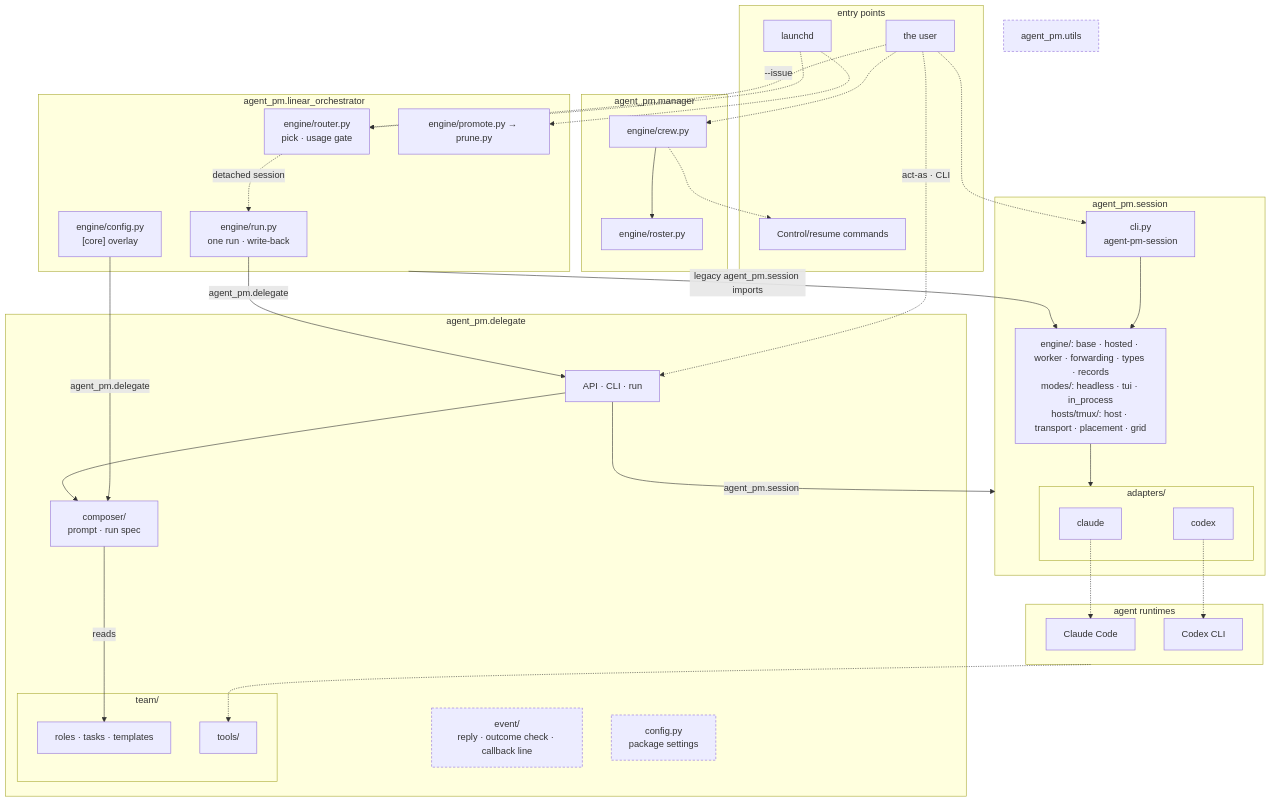
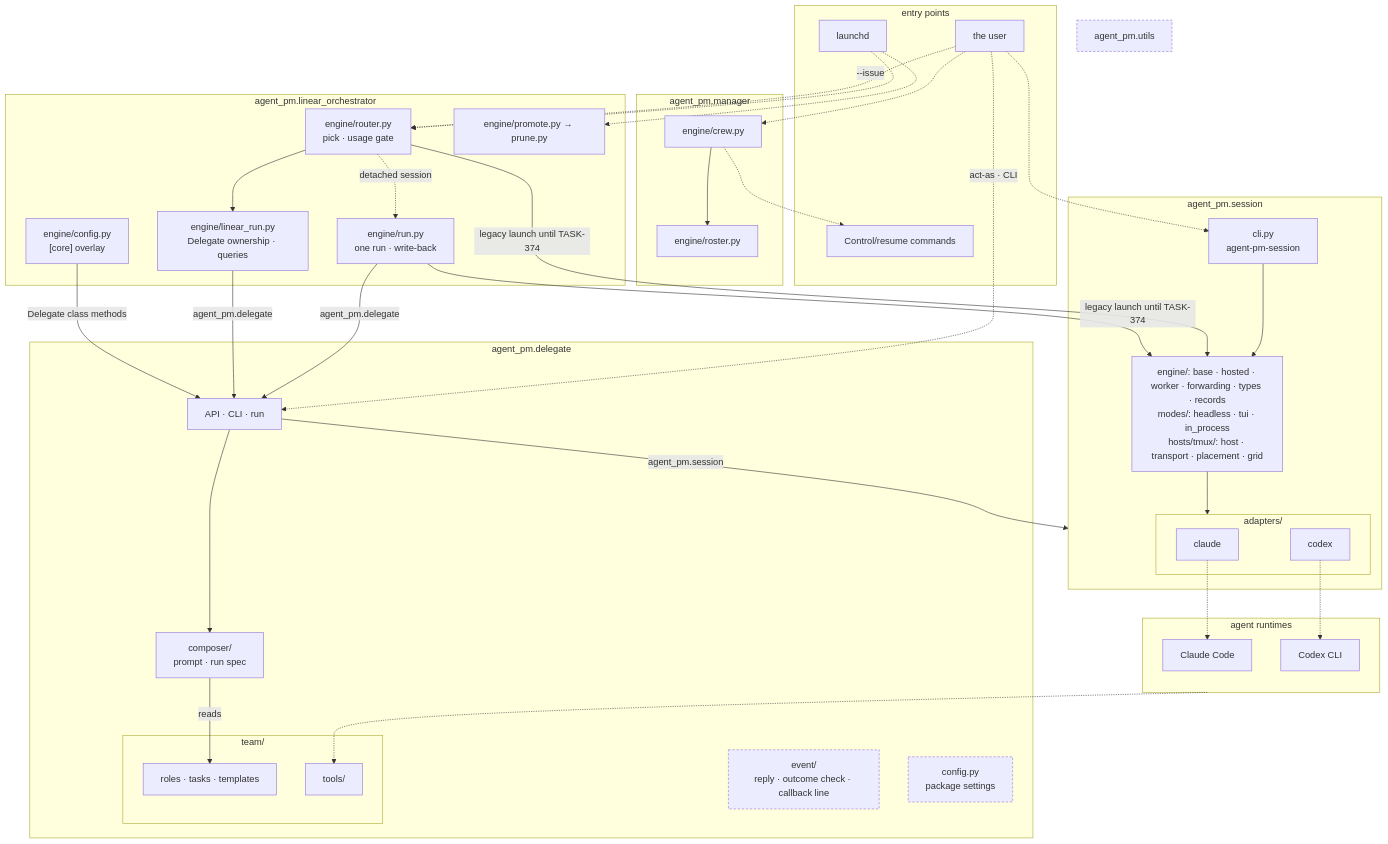
The second of 4 diagrams in README.md (ophis/agent-pm), drawn with Mermaid before and after one commit. The commit also changed other lines of this file and 60 other files, not shown here.

First line of the commit message:
TASK-394: LinearRun and registered Delegate queries (#218)

````diff
--- a/README.md
+++ b/README.md
@@ -18,60 +18,63 @@
 ```mermaid
 flowchart TB
   subgraph EN[entry points]
     LD[launchd]
     HU[the user]
     CC[Control/resume commands]
   end
   subgraph MG[agent_pm.manager]
     W["engine/crew.py"] --> RS["engine/roster.py"]
   end
   subgraph LO[agent_pm.linear_orchestrator]
     R["engine/router.py<br>pick · usage gate"]
     RU["engine/run.py<br>one run · write-back"]
+    LR["engine/linear_run.py<br>Delegate ownership · queries"]
     PP["engine/promote.py → prune.py"]
     LC["engine/config.py<br>[core] overlay"]
   end
   subgraph DL[agent_pm.delegate]
     D["API · CLI · run"]
     C["composer/<br>prompt · run spec"]
     EV["event/<br>reply · outcome check · callback line"]
     CF["config.py<br>package settings"]
     subgraph TM[team/]
       T["roles · tasks · templates"]
       AT[tools/]
     end
   end
   subgraph SE[agent_pm.session]
     SC["cli.py<br>agent-pm-session"]
     DR["engine/: base · hosted · worker · forwarding · types · records<br>modes/: headless · tui · in_process<br>hosts/tmux/: host · transport · placement · grid"]
     subgraph AD[adapters/]
       CL[claude]
       CX[codex]
     end
   end
   U[agent_pm.utils]
   subgraph RT[agent runtimes]
     P1[Claude Code]
     P2[Codex CLI]
   end
   LD -.-> R & PP
   HU -.->|"--issue"| R
   HU -.->|"act-as · CLI"| D
   HU -.-> W
   HU -.-> SC
   SC --> DR
   R -.->|detached session| RU
   RU -->|agent_pm.delegate| D
-  LC -->|agent_pm.delegate| C
-  LO -->|"legacy agent_pm.session imports"| DR
+  R --> LR
+  LR -->|agent_pm.delegate| D
+  LC -->|"Delegate class methods"| D
+  R & RU -->|"legacy launch until TASK-374"| DR
   W -.-> CC
   D --> C
   D -->|agent_pm.session| SE
   C -->|reads| T
   DR --> AD
   CL -.-> P1
   CX -.-> P2
   RT -.-> AT
   classDef shared stroke-dasharray: 4 3
   class EV,U,CF shared
 ```
````
